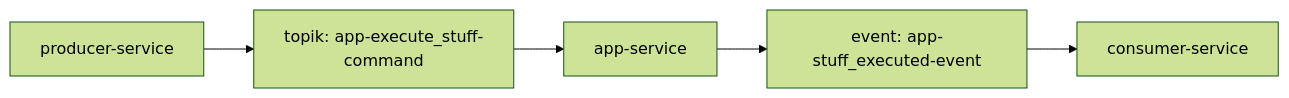
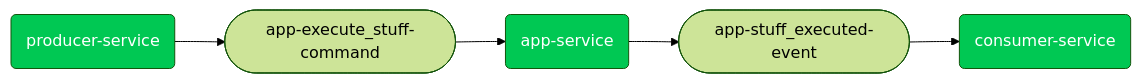
The diagram in README.md (lmonkiewicz/kafka-delivery-guarantees), drawn with Mermaid (forest theme) before and after one commit.

Commit message:
feat: README.md

````diff
--- a/README.md
+++ b/README.md
@@ -31,9 +31,15 @@
 ```mermaid
-graph LR
-    A[producer-service] --> B[topik: app-execute_stuff-command]
-    B --> C[app-service]
-    C --> D[event: app-stuff_executed-event]
-    D --> E[consumer-service]
+flowchart LR
+    A["producer-service"] --> B(["app-execute_stuff-command"])
+    B --> C["app-service"]
+    C --> D(["app-stuff_executed-event"])
+    D --> E["consumer-service"]
 
+    A@{ shape: rounded}
+    C@{ shape: rounded}
+    E@{ shape: rounded}
+    style A color:#FFFFFF,fill:#00C853
+    style C color:#FFFFFF,fill:#00C853
+    style E color:#FFFFFF,fill:#00C853
 
 ```
````
